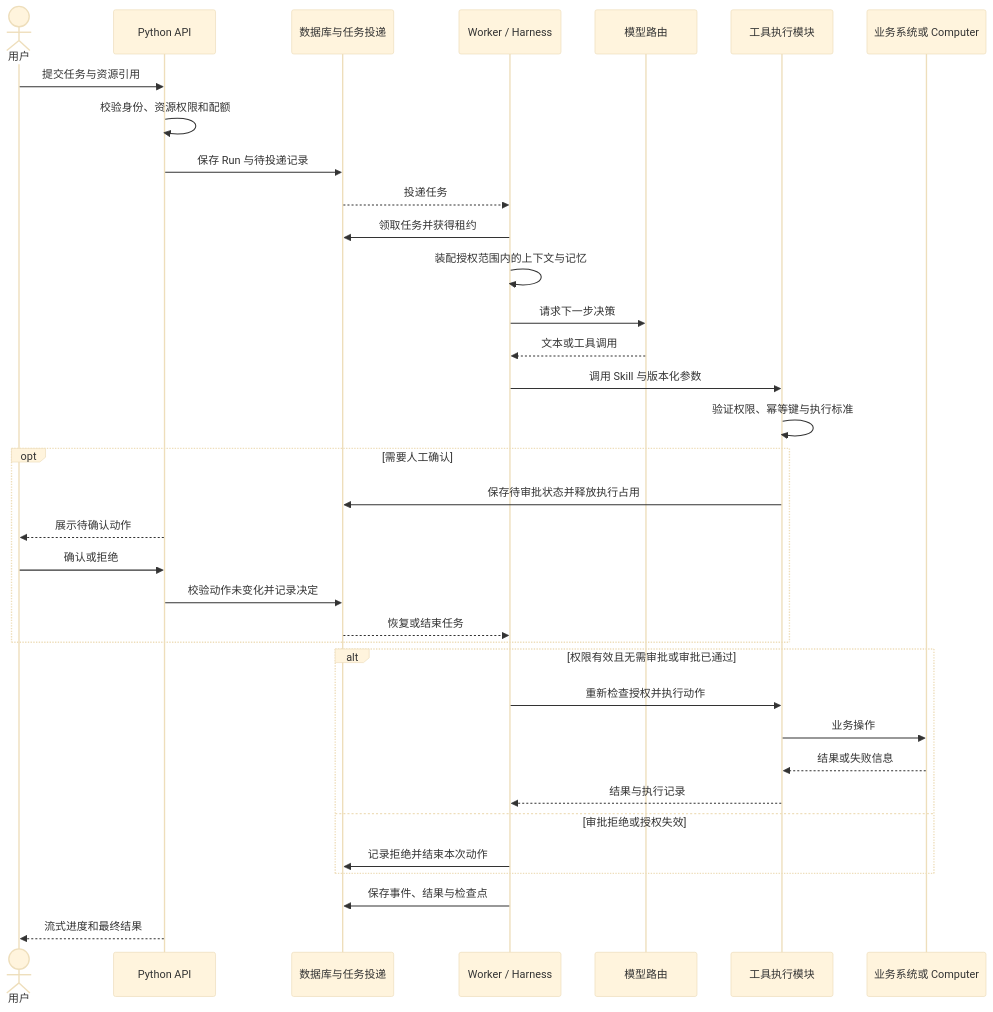
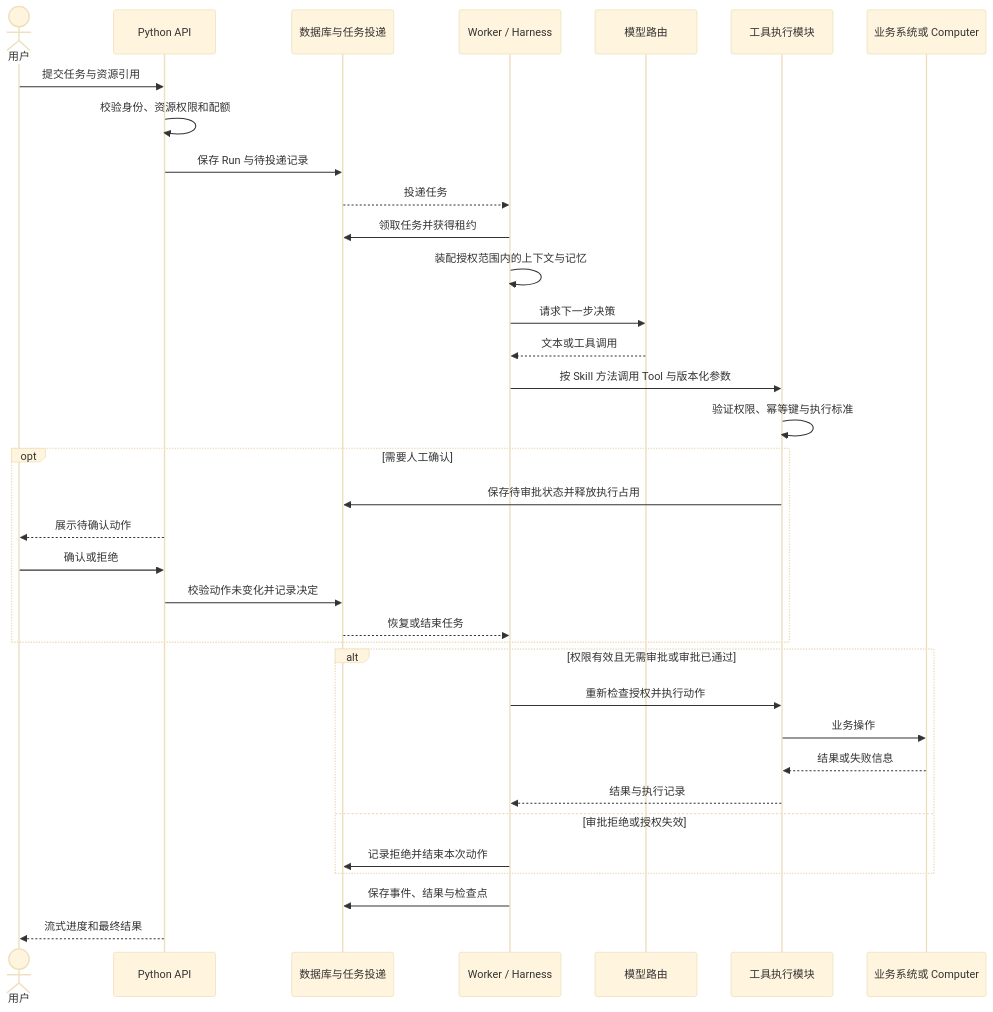
One commit to bundigit9527/AgentForge changed the fifth of 5 diagrams in docs/architecture.md. Above: the diagram before and after it, drawn with Mermaid (base theme). The commit also changed other lines of this file and 50 other files, not shown here.

````diff
--- a/docs/architecture.md
+++ b/docs/architecture.md
@@ -148,38 +156,38 @@
 ```mermaid
 sequenceDiagram
     actor User as 用户
     participant API as Python API
     participant Store as 数据库与任务投递
     participant Worker as Worker / Harness
     participant Model as 模型路由
     participant Tool as 工具执行模块
     participant Target as 业务系统或 Computer
 
     User->>API: 提交任务与资源引用
     API->>API: 校验身份、资源权限和配额
     API->>Store: 保存 Run 与待投递记录
     Store-->>Worker: 投递任务
     Worker->>Store: 领取任务并获得租约
     Worker->>Worker: 装配授权范围内的上下文与记忆
     Worker->>Model: 请求下一步决策
     Model-->>Worker: 文本或工具调用
-    Worker->>Tool: 调用 Skill 与版本化参数
+    Worker->>Tool: 按 Skill 方法调用 Tool 与版本化参数
     Tool->>Tool: 验证权限、幂等键与执行标准
     opt 需要人工确认
         Tool->>Store: 保存待审批状态并释放执行占用
         API-->>User: 展示待确认动作
         User->>API: 确认或拒绝
         API->>Store: 校验动作未变化并记录决定
         Store-->>Worker: 恢复或结束任务
     end
     alt 权限有效且无需审批或审批已通过
         Worker->>Tool: 重新检查授权并执行动作
         Tool->>Target: 业务操作
         Target-->>Tool: 结果或失败信息
         Tool-->>Worker: 结果与执行记录
     else 审批拒绝或授权失效
         Worker->>Store: 记录拒绝并结束本次动作
     end
     Worker->>Store: 保存事件、结果与检查点
     API-->>User: 流式进度和最终结果
 ```
````
